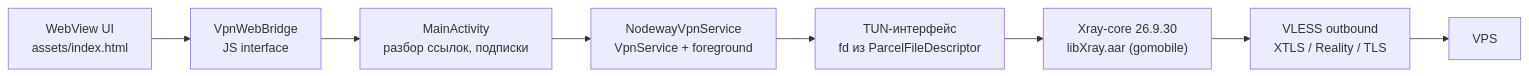
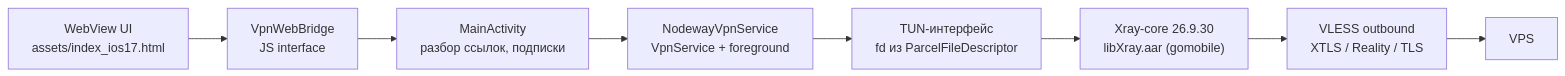
One commit to hl2mp/nodeway-vpn changed the diagram in README.md. Above: the diagram before and after it, drawn with Mermaid. The commit also changed other lines of this file, not shown here.

````diff
--- a/README.md
+++ b/README.md
@@ -20,10 +20,10 @@
 ```mermaid
 flowchart LR
-    UI["WebView UI<br/>assets/index.html"] --> BRIDGE["VpnWebBridge<br/>JS interface"]
+    UI["WebView UI<br/>assets/index_ios17.html"] --> BRIDGE["VpnWebBridge<br/>JS interface"]
     BRIDGE --> ACT["MainActivity<br/>разбор ссылок, подписки"]
     ACT --> SVC["NodewayVpnService<br/>VpnService + foreground"]
     SVC --> TUN["TUN-интерфейс<br/>fd из ParcelFileDescriptor"]
     TUN --> CORE["Xray-core 26.9.30<br/>libXray.aar (gomobile)"]
     CORE --> OUT["VLESS outbound<br/>XTLS / Reality / TLS"]
     OUT --> SRV["VPS"]
 ```
````
